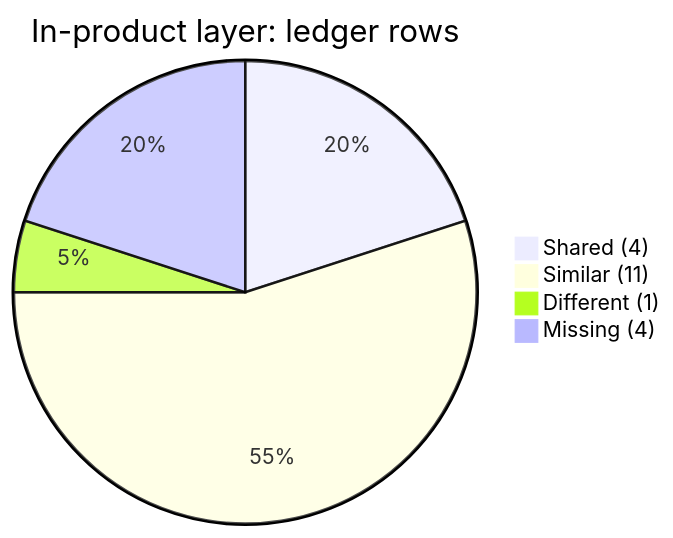
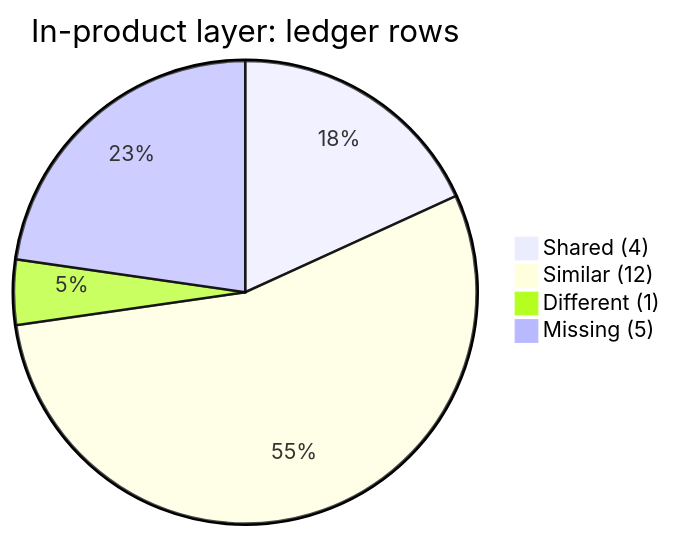
One commit to lossless-group/lossless-ai-labs changed the eighth of 8 diagrams in studies/collaborations/dialogiq/02-Compare-Contrast-Harness-Artifacts__dialogiq.md. Above: the diagram before and after it, drawn with Mermaid. The commit also changed other lines of this file and 2 other files, not shown here.

````diff
--- a/studies/collaborations/dialogiq/02-Compare-Contrast-Harness-Artifacts__dialogiq.md
+++ b/studies/collaborations/dialogiq/02-Compare-Contrast-Harness-Artifacts__dialogiq.md
@@ -562,7 +618,7 @@
 ```mermaid
 pie title In-product layer: ledger rows
   "Shared (4)" : 4
-  "Similar (11)" : 11
+  "Similar (12)" : 12
   "Different (1)" : 1
-  "Missing (4)" : 4
+  "Missing (5)" : 5
 ```
````
